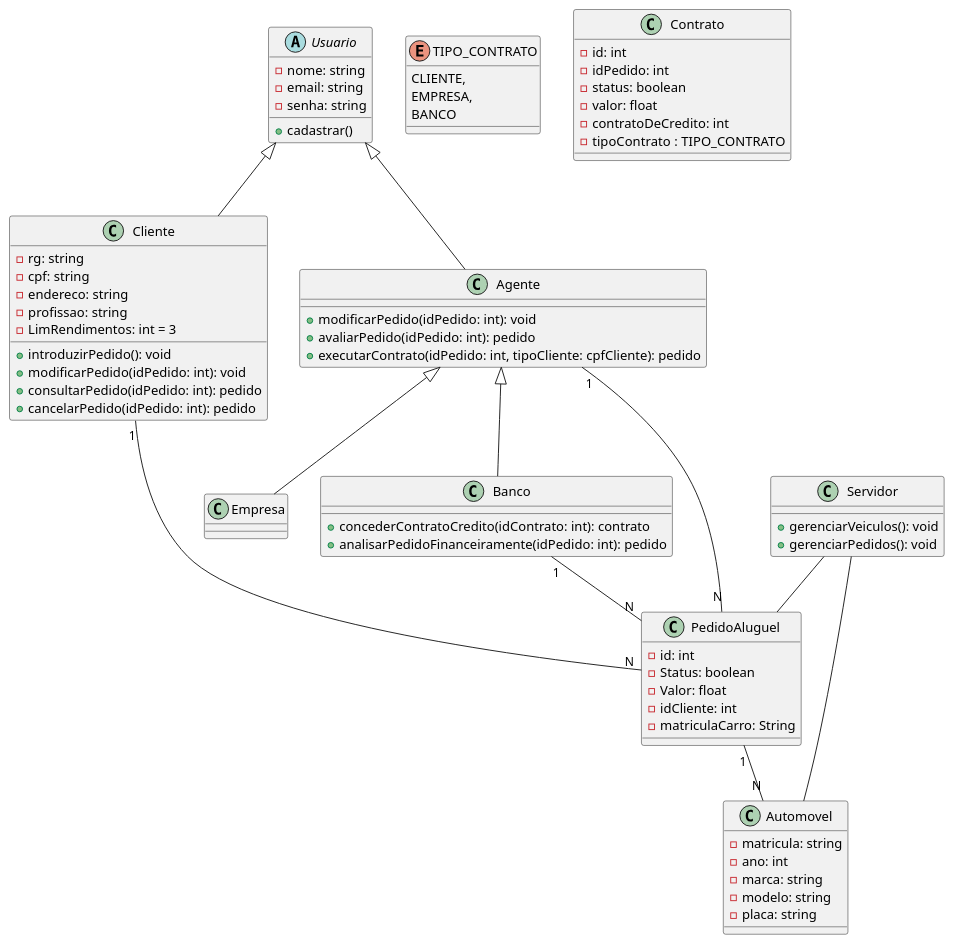
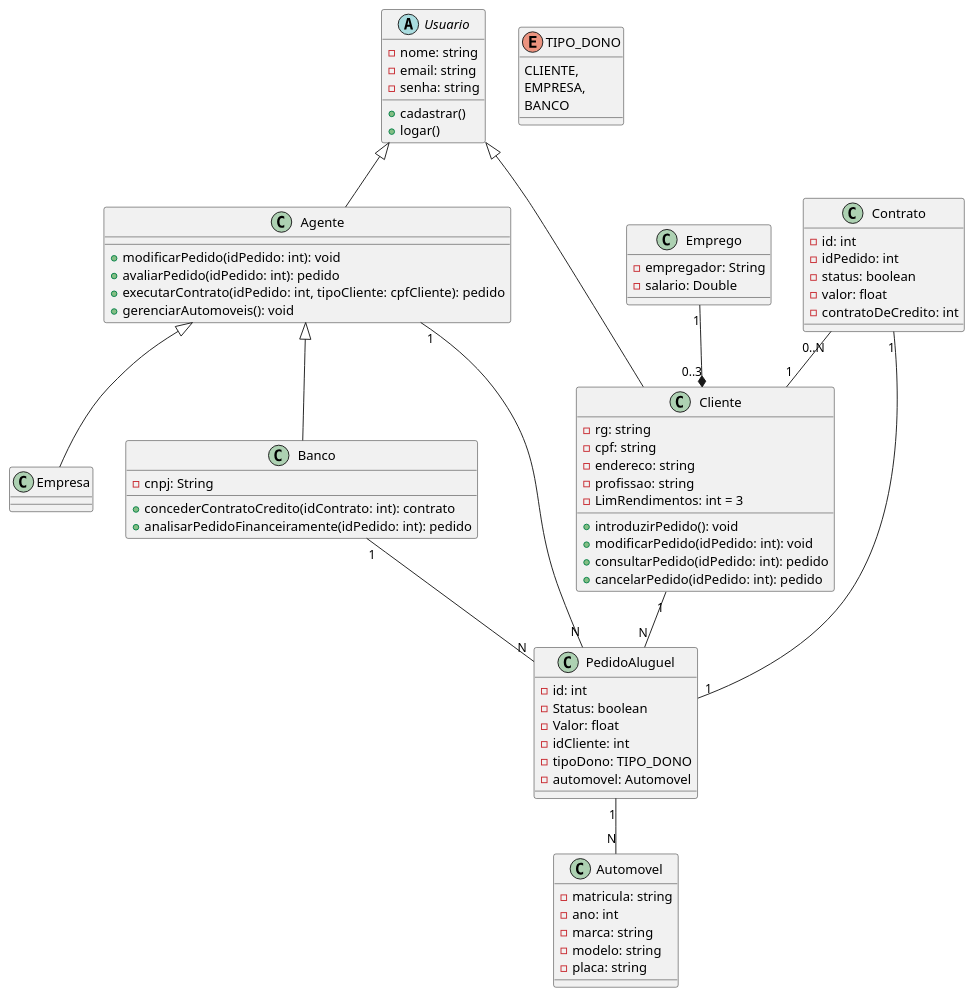
The diagram in projeto/diagramaDeClasseSprint2.md (GuilhermeFalante/LDS_Aluguel_de_Carros), drawn with PlantUML before and after one commit. The commit also changed 1 other file, not shown here.

Commit message:
diagrama de classes

```diff
--- a/projeto/diagramaDeClasseSprint2.md
+++ b/projeto/diagramaDeClasseSprint2.md
@@ -4,9 +4,10 @@
     -email: string
     -senha: string
     +cadastrar()
+    +logar()
 }
 
-enum TIPO_CONTRATO {
+enum TIPO_DONO {
     CLIENTE,
     EMPRESA,
     BANCO
@@ -28,12 +29,14 @@
     +modificarPedido(idPedido: int): void
     +avaliarPedido(idPedido: int): pedido
     +executarContrato(idPedido: int, tipoCliente: cpfCliente): pedido
+    +gerenciarAutomoveis(): void
 }
 
 class Empresa {
 }
 
 class Banco {
+    -cnpj: String
     +concederContratoCredito(idContrato: int): contrato
     +analisarPedidoFinanceiramente(idPedido: int): pedido
 }
@@ -43,7 +46,8 @@
     -Status: boolean
     -Valor: float
     -idCliente: int
-    -matriculaCarro: String
+    -tipoDono: TIPO_DONO
+    -automovel: Automovel
     
 }
 
@@ -53,7 +57,6 @@
     -status: boolean
     -valor: float
     -contratoDeCredito: int
-    -tipoContrato : TIPO_CONTRATO
 }
 
 class Automovel {
@@ -64,20 +67,21 @@
     -placa: string
 }
 
-class Servidor {
-    +gerenciarVeiculos(): void
-    +gerenciarPedidos(): void
+class Emprego {
+    -empregador: String
+    -salario: Double
 }
 
 Usuario <|-- Cliente
 Usuario <|-- Agente
 Agente <|-- Empresa
 Agente <|-- Banco
+Emprego "1" --* "0..3"Cliente
 
+Contrato "0..N" -- "1" Cliente
+Contrato "1" -- "1" PedidoAluguel
 Cliente "1" -- "N" PedidoAluguel
 Agente "1" -- "N" PedidoAluguel 
 Banco "1" -- "N" PedidoAluguel 
 PedidoAluguel "1" -- "N" Automovel
-Servidor -- PedidoAluguel  
-Servidor -- Automovel
 @enduml
```
